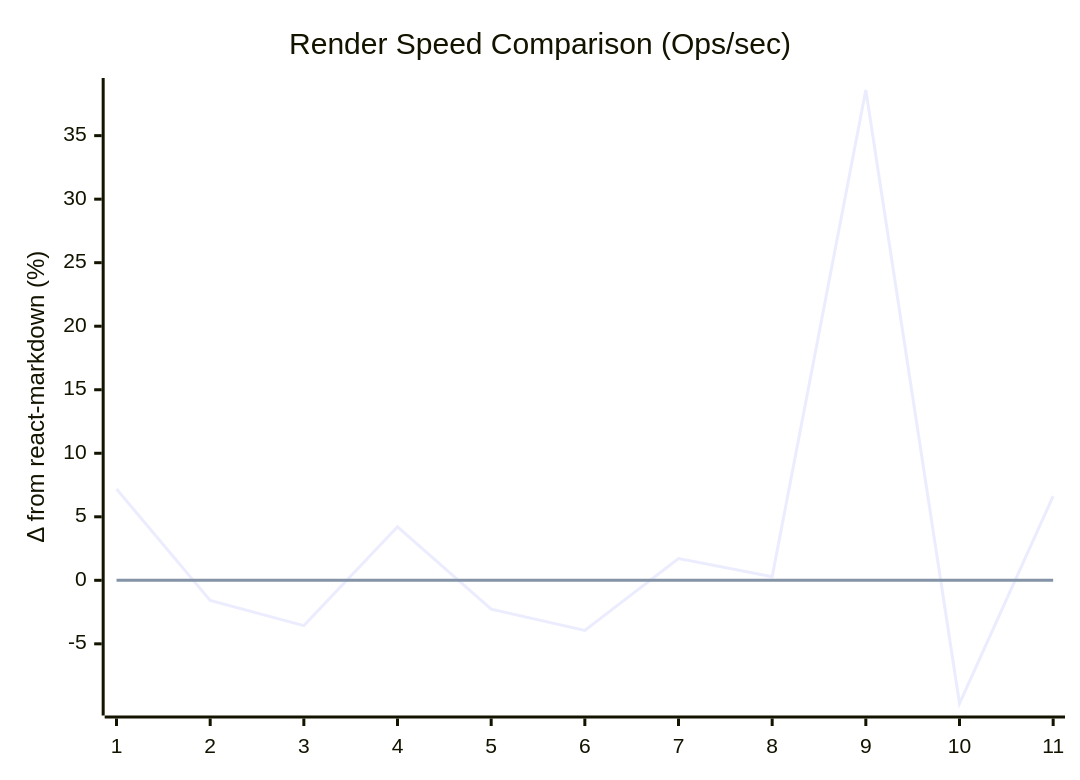
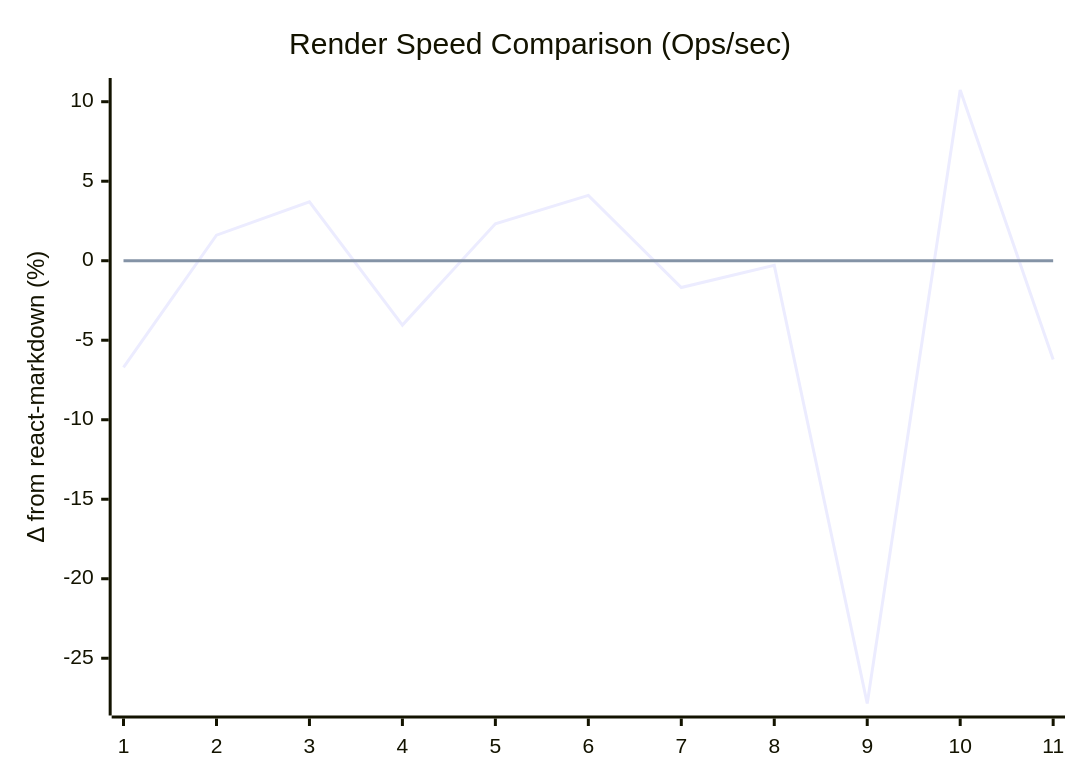
One commit to md2docx/react-markdown changed the sixth of 6 diagrams in benchmark-logs/benchmark_2025-07-16T03_03_26.000Z.md. Above: the diagram before and after it, drawn with Mermaid. The commit also changed other lines of this file and 2 other files, not shown here.

```diff
--- a/benchmark-logs/benchmark_2025-07-16T03_03_26.000Z.md
+++ b/benchmark-logs/benchmark_2025-07-16T03_03_26.000Z.md
@@ -253,8 +253,8 @@
 ~~~mermaid
 xychart-beta
     title "Render Speed Comparison (Ops/sec)"
     x-axis ["1", "2", "3", "4", "5", "6", "7", "8", "9", "10", "11"]
     y-axis "Δ from react-markdown (%)"
-    line [7.183080617226957, -1.5825707409534187, -3.5686277996272433, 4.215048273033731, -2.269645959181246, -3.9504769591770037, 1.713537824576767, 0.29103420055688933, 38.592475890822236, -9.695784905723412, 6.629330069303667]  %% difference percent
+    line [-6.701692632701266, 1.6080187756051836, 3.7006917128712695, -4.0445677883204505, 2.3223552001390373, 4.112958434471321, -1.684670360726288, -0.29018964943057024, -27.846010862251923, 10.736802147719374, -6.217173140818702]  %% difference percent
     line [0, 0, 0, 0, 0, 0, 0, 0, 0, 0, 0]  %% Zero line
 ~~~
```
